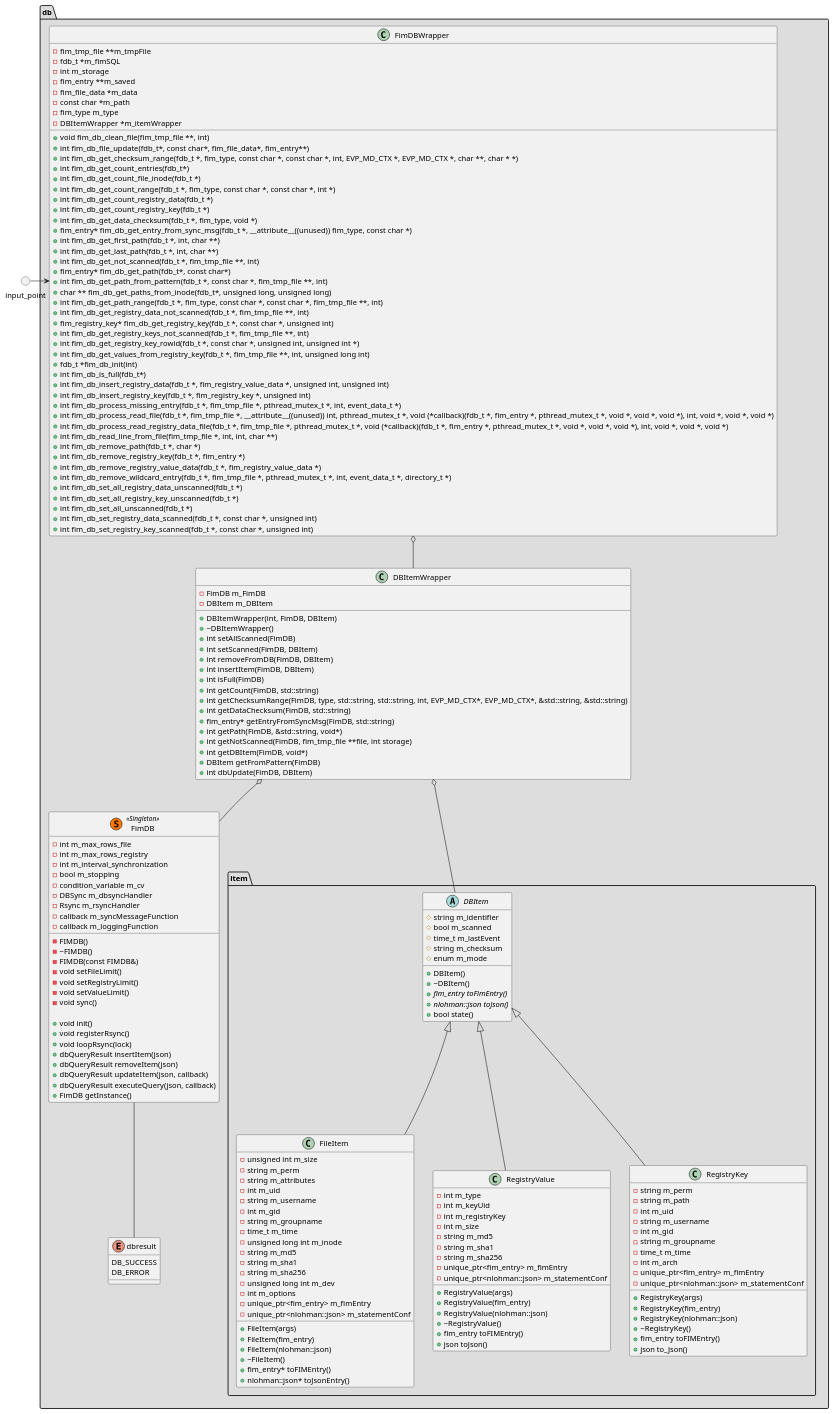
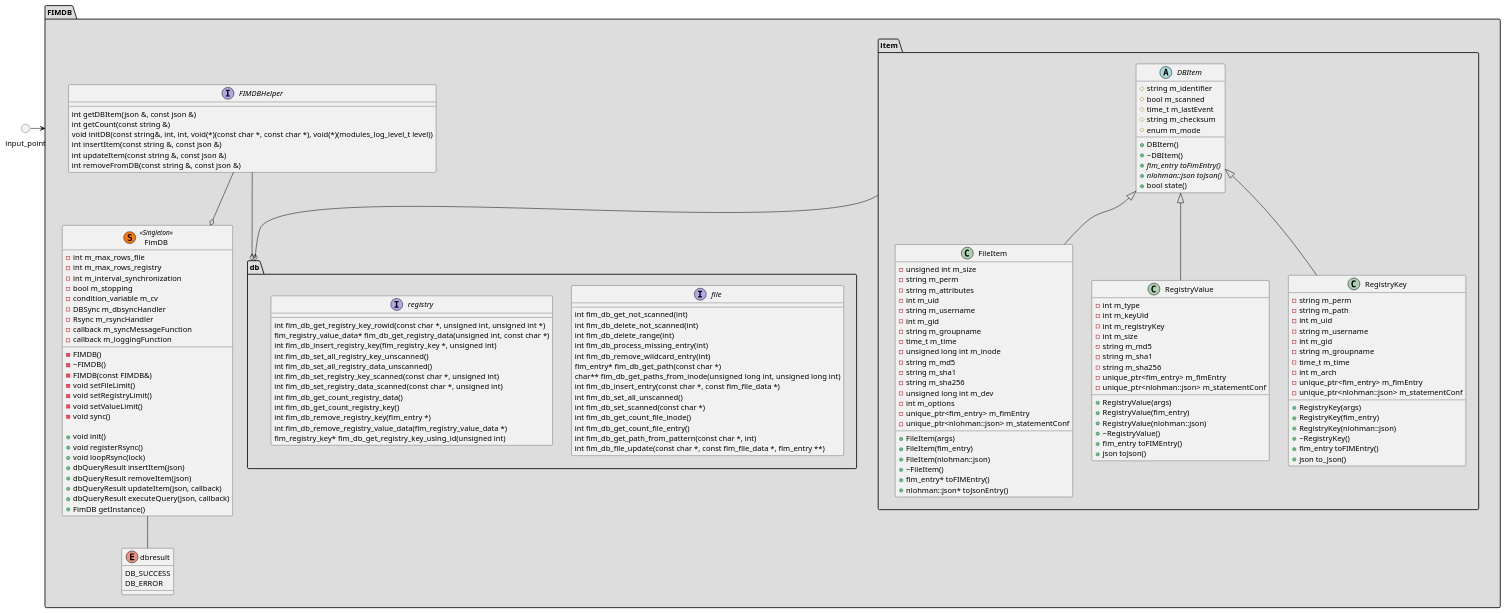
One commit to wazuh/wazuh-agent changed the diagram in architecture/FIM/db/class.puml. Above: the diagram before and after it, drawn with PlantUML.

Commit message:
Update class diagram with new implementation

```diff
--- a/architecture/FIM/db/class.puml
+++ b/architecture/FIM/db/class.puml
@@ -1,195 +1,164 @@
 @startuml db_class
-package "db" <<Folder>> #DDDDDD{
+package "FIMDB" <<Folder>> #DDDDDD{
     enum "dbresult" {
         DB_SUCCESS
         DB_ERROR
     }
     package "item" <<Folder>> {
         abstract DBItem {
             # string m_identifier
             # bool m_scanned
             # time_t m_lastEvent
             # string m_checksum
             # enum m_mode
 
             + DBItem()
             + ~DBItem()
             + {abstract} fim_entry toFimEntry()
             + {abstract} nlohman::json toJson()
             + bool state()
         }
 
         class FileItem {
             - unsigned int m_size
             - string m_perm
             - string m_attributes
             - int m_uid
             - string m_username
             - int m_gid
             - string m_groupname
             - time_t m_time
             - unsigned long int m_inode
             - string m_md5
             - string m_sha1
             - string m_sha256
             - unsigned long int m_dev
             - int m_options
             - unique_ptr<fim_entry> m_fimEntry
             - unique_ptr<nlohman::json> m_statementConf
 
             + FileItem(args)
             + FileItem(fim_entry)
             + FileItem(nlohman::json)
             + ~FileItem()
             + fim_entry* toFIMEntry()
             + nlohman::json* toJsonEntry()
         }
         class "RegistryValue" {
             - int m_type
             - int m_keyUid
             - int m_registryKey
             - int m_size
             - string m_md5
             - string m_sha1
             - string m_sha256
             - unique_ptr<fim_entry> m_fimEntry
             - unique_ptr<nlohman::json> m_statementConf
 
             + RegistryValue(args)
             + RegistryValue(fim_entry)
             + RegistryValue(nlohman::json)
             + ~RegistryValue()
             + fim_entry toFIMEntry()
             + json toJson()
         }
         class "RegistryKey" {
             - string m_perm
             - string m_path
             - int m_uid
             - string m_username
             - int m_gid
             - string m_groupname
             - time_t m_time
             - int m_arch
             - unique_ptr<fim_entry> m_fimEntry
             - unique_ptr<nlohman::json> m_statementConf
 
             + RegistryKey(args)
             + RegistryKey(fim_entry)
             + RegistryKey(nlohman::json)
             + ~RegistryKey()
             + fim_entry toFIMEntry()
             + json to_Json()
         }
     }
     class "FimDB"  <<(S,#FF7700) Singleton>> {
         - int m_max_rows_file
         - int m_max_rows_registry
         - int m_interval_synchronization
         - bool m_stopping
         - condition_variable m_cv
         - DBSync m_dbsyncHandler
         - Rsync m_rsyncHandler
         - callback m_syncMessageFunction
         - callback m_loggingFunction
 
         - FIMDB()
         - ~FIMDB()
         - FIMDB(const FIMDB&)
         - void setFileLimit()
         - void setRegistryLimit()
         - void setValueLimit()
         - void sync()
 
         + void init()
         + void registerRsync()
         + void loopRsync(lock)
         + dbQueryResult insertItem(json)
         + dbQueryResult removeItem(json)
         + dbQueryResult updateItem(json, callback)
         + dbQueryResult executeQuery(json, callback)
         + FimDB getInstance()
     }
-    class FimDBWrapper {
-        - fim_tmp_file **m_tmpFile
-        - fdb_t *m_fimSQL
-        - int m_storage
-        - fim_entry **m_saved
-        - fim_file_data *m_data
-        - const char *m_path
-        - fim_type m_type
-        - DBItemWrapper *m_itemWrapper
-
-        + void fim_db_clean_file(fim_tmp_file **, int)
-        + int fim_db_file_update(fdb_t*, const char*, fim_file_data*, fim_entry**)
-        + int fim_db_get_checksum_range(fdb_t *, fim_type, const char *, const char *, int, EVP_MD_CTX *, EVP_MD_CTX *, char **, char * *)
-        + int fim_db_get_count_entries(fdb_t*)
-        + int fim_db_get_count_file_inode(fdb_t *)
-        + int fim_db_get_count_range(fdb_t *, fim_type, const char *, const char *, int *)
-        + int fim_db_get_count_registry_data(fdb_t *)
-        + int fim_db_get_count_registry_key(fdb_t *)
-        + int fim_db_get_data_checksum(fdb_t *, fim_type, void *)
-        + fim_entry* fim_db_get_entry_from_sync_msg(fdb_t *, __attribute__((unused)) fim_type, const char *)
-        + int fim_db_get_first_path(fdb_t *, int, char **)
-        + int fim_db_get_last_path(fdb_t *, int, char **)
-        + int fim_db_get_not_scanned(fdb_t *, fim_tmp_file **, int)
-        + fim_entry* fim_db_get_path(fdb_t*, const char*)
-        + int fim_db_get_path_from_pattern(fdb_t *, const char *, fim_tmp_file **, int)
-        + char ** fim_db_get_paths_from_inode(fdb_t*, unsigned long, unsigned long)
-        + int fim_db_get_path_range(fdb_t *, fim_type, const char *, const char *, fim_tmp_file **, int)
-        + int fim_db_get_registry_data_not_scanned(fdb_t *, fim_tmp_file **, int)
-        + fim_registry_key* fim_db_get_registry_key(fdb_t *, const char *, unsigned int)
-        + int fim_db_get_registry_keys_not_scanned(fdb_t *, fim_tmp_file **, int)
-        + int fim_db_get_registry_key_rowid(fdb_t *, const char *, unsigned int, unsigned int *)
-        + int fim_db_get_values_from_registry_key(fdb_t *, fim_tmp_file **, int, unsigned long int)
-        + fdb_t *fim_db_init(int)
-        + int fim_db_is_full(fdb_t*)
-        + int fim_db_insert_registry_data(fdb_t *, fim_registry_value_data *, unsigned int, unsigned int)
-        + int fim_db_insert_registry_key(fdb_t *, fim_registry_key *, unsigned int)
-        + int fim_db_process_missing_entry(fdb_t *, fim_tmp_file *, pthread_mutex_t *, int, event_data_t *)
-        + int fim_db_process_read_file(fdb_t *, fim_tmp_file *, __attribute__((unused)) int, pthread_mutex_t *, void (*callback)(fdb_t *, fim_entry *, pthread_mutex_t *, void *, void *, void *), int, void *, void *, void *)
-        + int fim_db_process_read_registry_data_file(fdb_t *, fim_tmp_file *, pthread_mutex_t *, void (*callback)(fdb_t *, fim_entry *, pthread_mutex_t *, void *, void *, void *), int, void *, void *, void *)
-        + int fim_db_read_line_from_file(fim_tmp_file *, int, int, char **)
-        + int fim_db_remove_path(fdb_t *, char *)
-        + int fim_db_remove_registry_key(fdb_t *, fim_entry *)
-        + int fim_db_remove_registry_value_data(fdb_t *, fim_registry_value_data *)
-        + int fim_db_remove_wildcard_entry(fdb_t *, fim_tmp_file *, pthread_mutex_t *, int, event_data_t *, directory_t *)
-        + int fim_db_set_all_registry_data_unscanned(fdb_t *)
-        + int fim_db_set_all_registry_key_unscanned(fdb_t *)
-        + int fim_db_set_all_unscanned(fdb_t *)
-        + int fim_db_set_registry_data_scanned(fdb_t *, const char *, unsigned int)
-        + int fim_db_set_registry_key_scanned(fdb_t *, const char *, unsigned int)
+    interface FIMDBHelper {
+        int getDBItem(json &, const json &)
+        int getCount(const string &)
+        void initDB(const string&, int, int, void(*)(const char *, const char *), void(*)(modules_log_level_t level))
+        int insertItem(const string &, const json &)
+        int updateItem(const string &, const json &)
+        int removeFromDB(const string &, const json &)
     }
-    class DBItemWrapper {
-        - FimDB m_FimDB
-        - DBItem m_DBItem
-
-        + DBItemWrapper(int, FimDB, DBItem)
-        + ~DBItemWrapper()
-        + int setAllScanned(FimDB)
-        + int setScanned(FimDB, DBItem)
-        + int removeFromDB(FimDB, DBItem)
-        + int insertItem(FimDB, DBItem)
-        + int isFull(FimDB)
-        + int getCount(FimDB, std::string)
-        + int getChecksumRange(FimDB, type, std::string, std::string, int, EVP_MD_CTX*, EVP_MD_CTX*, &std::string, &std::string)
-        + int getDataChecksum(FimDB, std::string)
-        + fim_entry* getEntryFromSyncMsg(FimDB, std::string)
-        + int getPath(FimDB, &std::string, void*)
-        + int getNotScanned(FimDB, fim_tmp_file **file, int storage)
-        + int getDBItem(FimDB, void*)
-        + DBItem getFromPattern(FimDB)
-        + int dbUpdate(FimDB, DBItem)
+    namespace db{
+    interface file {
+        int fim_db_get_not_scanned(int)
+        int fim_db_delete_not_scanned(int)
+        int fim_db_delete_range(int)
+        int fim_db_process_missing_entry(int)
+        int fim_db_remove_wildcard_entry(int)
+        fim_entry* fim_db_get_path(const char *)
+        char** fim_db_get_paths_from_inode(unsigned long int, unsigned long int)
+        int fim_db_insert_entry(const char *, const fim_file_data *)
+        int fim_db_set_all_unscanned()
+        int fim_db_set_scanned(const char *)
+        int fim_db_get_count_file_inode()
+        int fim_db_get_count_file_entry()
+        int fim_db_get_path_from_pattern(const char *, int)
+        int fim_db_file_update(const char *, const fim_file_data *, fim_entry **)
+    }
+    interface registry {
+        int fim_db_get_registry_key_rowid(const char *, unsigned int, unsigned int *)
+        fim_registry_value_data* fim_db_get_registry_data(unsigned int, const char *)
+        int fim_db_insert_registry_key(fim_registry_key *, unsigned int)
+        int fim_db_set_all_registry_key_unscanned()
+        int fim_db_set_all_registry_data_unscanned()
+        int fim_db_set_registry_key_scanned(const char *, unsigned int)
+        int fim_db_set_registry_data_scanned(const char *, unsigned int)
+        int fim_db_get_count_registry_data()
+        int fim_db_get_count_registry_key()
+        int fim_db_remove_registry_key(fim_entry *)
+        int fim_db_remove_registry_value_data(fim_registry_value_data *)
+        fim_registry_key* fim_db_get_registry_key_using_id(unsigned int)
+    }
     }
 }
 circle input_point
 
 DBItem <|-- FileItem
 DBItem <|-- RegistryValue
 DBItem <|-- RegistryKey
-FimDBWrapper  o-- DBItemWrapper
-DBItemWrapper  o-- DBItem
-DBItemWrapper  o-- FimDB
+FIMDBHelper --o FimDB
+item --o db
+FIMDBHelper --o db
 FimDB -- dbresult
-input_point => FimDBWrapper
+input_point => FIMDB
 @enduml
```
